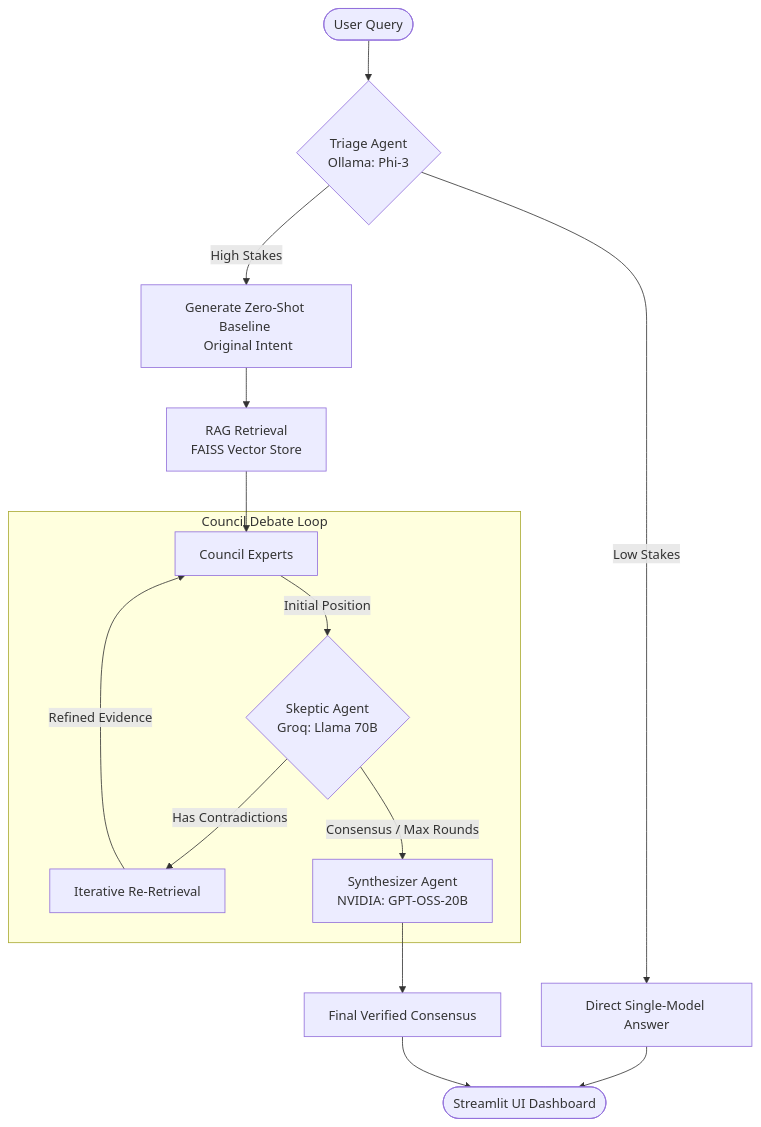
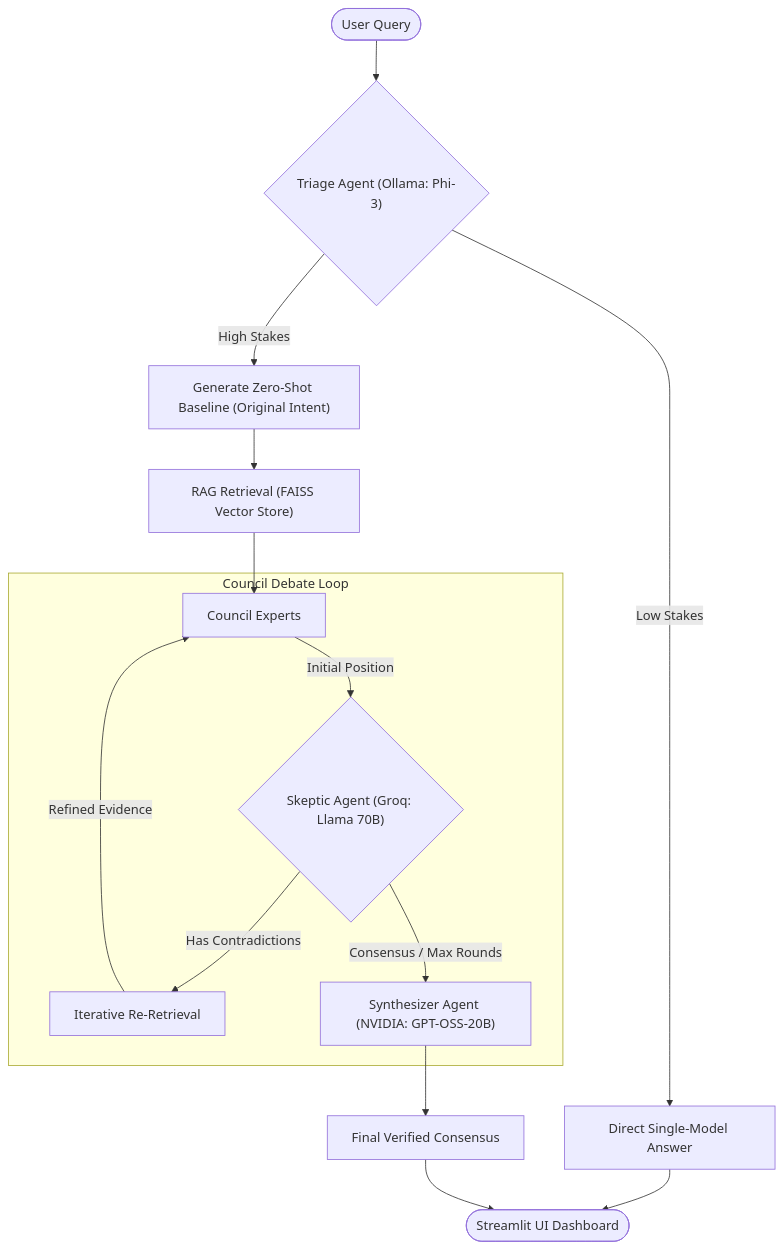
One commit to ShahzorAli/Council-Mode-Multi-Agent-System changed the diagram in README.md. Above: the diagram before and after it, drawn with Mermaid.

Commit message:
Fix: Resolve GitHub Mermaid syntax compatibility issue

````diff
--- a/README.md
+++ b/README.md
@@ -35,22 +35,22 @@
 ```mermaid
 graph TD
-    User([User Query]) --> Triage{Triage Agent <br> Ollama: Phi-3}
+    User(["User Query"]) --> Triage{"Triage Agent (Ollama: Phi-3)"}
     
-    Triage -- Low Stakes --> Direct[Direct Single-Model Answer]
-    Triage -- High Stakes --> Baseline[Generate Zero-Shot Baseline <br> Original Intent]
+    Triage -- "Low Stakes" --> Direct["Direct Single-Model Answer"]
+    Triage -- "High Stakes" --> Baseline["Generate Zero-Shot Baseline (Original Intent)"]
     
-    Baseline --> RAG[RAG Retrieval <br> FAISS Vector Store]
-    RAG --> Experts[Council Experts]
+    Baseline --> RAG["RAG Retrieval (FAISS Vector Store)"]
+    RAG --> Experts["Council Experts"]
     
     subgraph Council Debate Loop
-        Experts -->|Initial Position| Skeptic{Skeptic Agent <br> Groq: Llama 70B}
-        Skeptic -->|Has Contradictions| ReRetrieval[Iterative Re-Retrieval]
+        Experts -->|Initial Position| Skeptic{"Skeptic Agent (Groq: Llama 70B)"}
+        Skeptic -->|Has Contradictions| ReRetrieval["Iterative Re-Retrieval"]
         ReRetrieval -->|Refined Evidence| Experts
-        Skeptic -->|Consensus / Max Rounds| Synth[Synthesizer Agent <br> NVIDIA: GPT-OSS-20B]
+        Skeptic -->|Consensus / Max Rounds| Synth["Synthesizer Agent (NVIDIA: GPT-OSS-20B)"]
     end
     
-    Synth --> Final[Final Verified Consensus]
+    Synth --> Final["Final Verified Consensus"]
     
-    Direct --> Display([Streamlit UI Dashboard])
+    Direct --> Display(["Streamlit UI Dashboard"])
     Final --> Display
 ```
````
